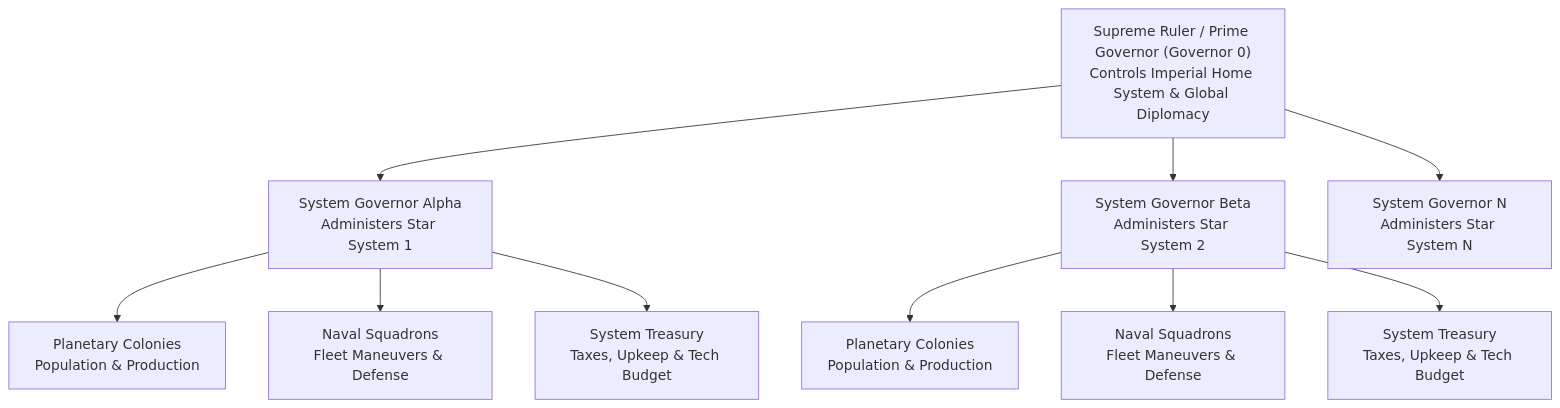
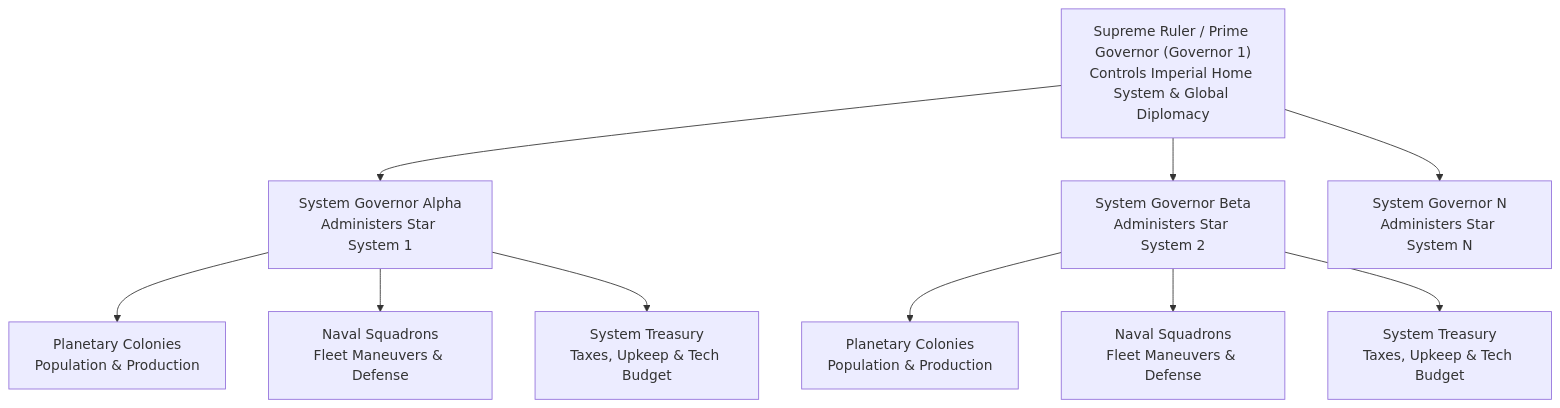
The first of 4 diagrams in docs/governance.md (kaladron/galactic-bloodshed), drawn with Mermaid before and after one commit. The commit also changed other lines of this file and 150 other files, not shown here.

````diff
--- a/docs/governance.md
+++ b/docs/governance.md
@@ -7,14 +7,14 @@
 ```mermaid
 flowchart TD
-    Leader["Supreme Ruler / Prime Governor (Governor 0)\nControls Imperial Home System & Global Diplomacy"] --> Gov1["System Governor Alpha\nAdministers Star System 1"]
+    Leader["Supreme Ruler / Prime Governor (Governor 1)\nControls Imperial Home System & Global Diplomacy"] --> Gov1["System Governor Alpha\nAdministers Star System 1"]
     Leader --> Gov2["System Governor Beta\nAdministers Star System 2"]
     Leader --> GovN["System Governor N\nAdministers Star System N"]
 
     Gov1 --> P1["Planetary Colonies\nPopulation & Production"]
     Gov1 --> F1["Naval Squadrons\nFleet Maneuvers & Defense"]
     Gov1 --> T1["System Treasury\nTaxes, Upkeep & Tech Budget"]
 
     Gov2 --> P2["Planetary Colonies\nPopulation & Production"]
     Gov2 --> F2["Naval Squadrons\nFleet Maneuvers & Defense"]
     Gov2 --> T2["System Treasury\nTaxes, Upkeep & Tech Budget"]
 ```
````
